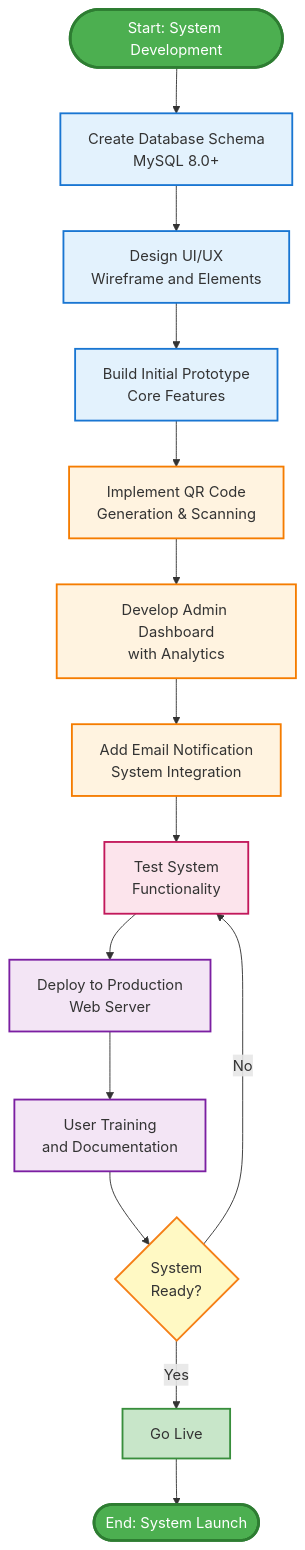
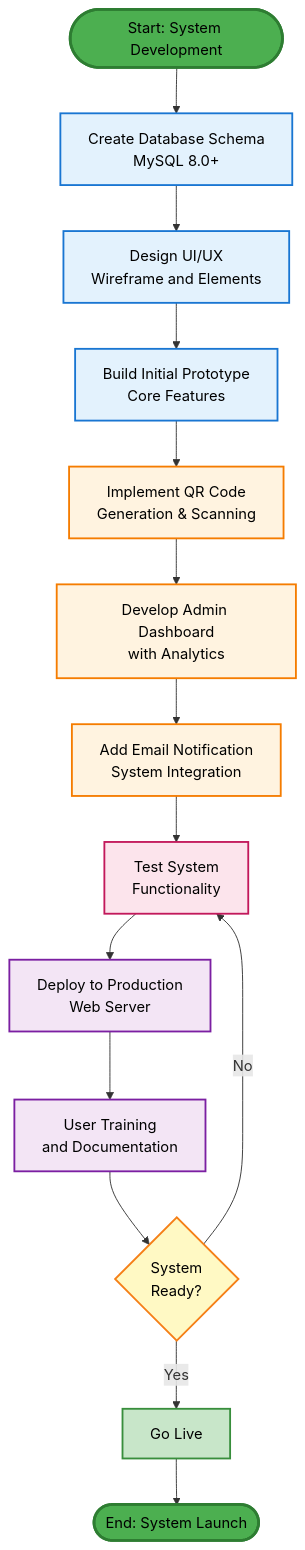
Before and after one commit to TsmHabib03/Academy-of-St.Joseph-Claveria-Cagayan-Inc.-Attendance-Checker: the second of 8 diagrams in GENERAL_PROCEDURE_FLOWCHART.md, drawn with Mermaid. The commit also changed other lines of this file, not shown here.

Commit message:
Flowchart successfully Iniatialized and Complete

````diff
--- a/GENERAL_PROCEDURE_FLOWCHART.md
+++ b/GENERAL_PROCEDURE_FLOWCHART.md
@@ -9,41 +52,41 @@
 ```mermaid
 flowchart TD
     Start([Start: System Development]) --> A[Create Database Schema<br/>MySQL 8.0+]
     
     A --> B[Design UI/UX<br/>Wireframe and Elements]
     
     B --> C[Build Initial Prototype<br/>Core Features]
     
     C --> D[Implement QR Code<br/>Generation & Scanning]
     
     D --> E[Develop Admin Dashboard<br/>with Analytics]
     
     E --> F[Add Email Notification<br/>System Integration]
     
     F --> G[Test System<br/>Functionality]
     
     G --> H[Deploy to Production<br/>Web Server]
     
     H --> I[User Training<br/>and Documentation]
     
     I --> J{System<br/>Ready?}
     
     J -->|Yes| K[Go Live]
     J -->|No| G
     
     K --> End([End: System Launch])
     
-    style Start fill:#4CAF50,stroke:#2E7D32,stroke-width:3px,color:#fff
-    style End fill:#4CAF50,stroke:#2E7D32,stroke-width:3px,color:#fff
-    style A fill:#E3F2FD,stroke:#1976D2,stroke-width:2px
-    style B fill:#E3F2FD,stroke:#1976D2,stroke-width:2px
-    style C fill:#E3F2FD,stroke:#1976D2,stroke-width:2px
-    style D fill:#FFF3E0,stroke:#F57C00,stroke-width:2px
-    style E fill:#FFF3E0,stroke:#F57C00,stroke-width:2px
-    style F fill:#FFF3E0,stroke:#F57C00,stroke-width:2px
-    style G fill:#FCE4EC,stroke:#C2185B,stroke-width:2px
-    style H fill:#F3E5F5,stroke:#7B1FA2,stroke-width:2px
-    style I fill:#F3E5F5,stroke:#7B1FA2,stroke-width:2px
-    style J fill:#FFF9C4,stroke:#F57F17,stroke-width:2px
-    style K fill:#C8E6C9,stroke:#388E3C,stroke-width:2px
+    style Start fill:#4CAF50,stroke:#2E7D32,stroke-width:3px,color:#000
+    style End fill:#4CAF50,stroke:#2E7D32,stroke-width:3px,color:#000
+    style A fill:#E3F2FD,stroke:#1976D2,stroke-width:2px,color:#000
+    style B fill:#E3F2FD,stroke:#1976D2,stroke-width:2px,color:#000
+    style C fill:#E3F2FD,stroke:#1976D2,stroke-width:2px,color:#000
+    style D fill:#FFF3E0,stroke:#F57C00,stroke-width:2px,color:#000
+    style E fill:#FFF3E0,stroke:#F57C00,stroke-width:2px,color:#000
+    style F fill:#FFF3E0,stroke:#F57C00,stroke-width:2px,color:#000
+    style G fill:#FCE4EC,stroke:#C2185B,stroke-width:2px,color:#000
+    style H fill:#F3E5F5,stroke:#7B1FA2,stroke-width:2px,color:#000
+    style I fill:#F3E5F5,stroke:#7B1FA2,stroke-width:2px,color:#000
+    style J fill:#FFF9C4,stroke:#F57F17,stroke-width:2px,color:#000
+    style K fill:#C8E6C9,stroke:#388E3C,stroke-width:2px,color:#000
 ```
````
